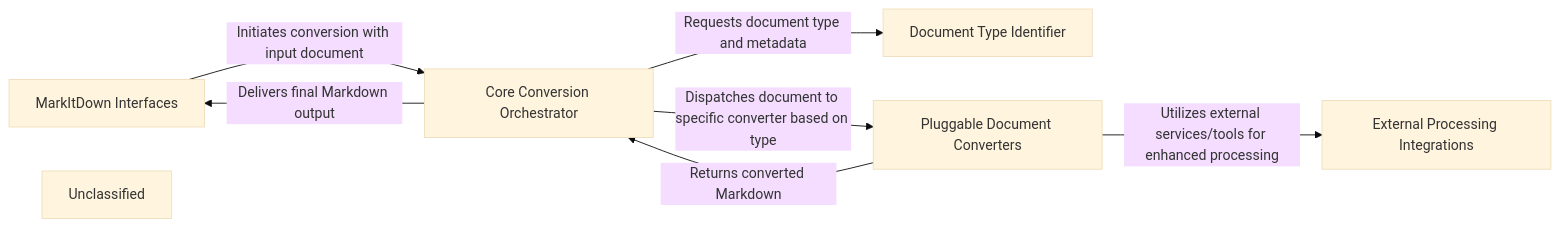
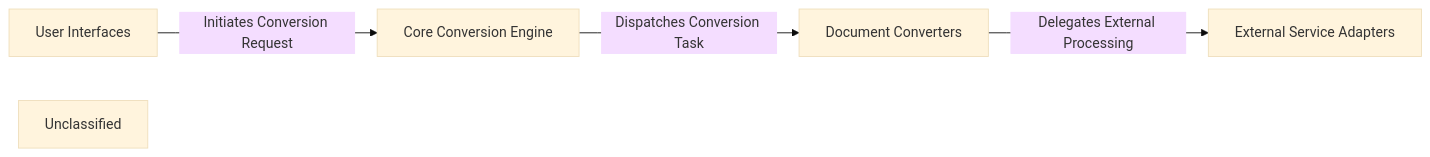
One commit to CodeBoarding/GeneratedOnBoardings changed the diagram in markitdown/on_boarding.md. Above: the diagram before and after it, drawn with Mermaid (base theme). The commit also changed other lines of this file, not shown here.

````diff
--- a/markitdown/on_boarding.md
+++ b/markitdown/on_boarding.md
@@ -1,15 +1,11 @@
 ```mermaid
 graph LR
-    MarkItDown_Interfaces["MarkItDown Interfaces"]
-    Core_Conversion_Orchestrator["Core Conversion Orchestrator"]
-    Document_Type_Identifier["Document Type Identifier"]
-    Pluggable_Document_Converters["Pluggable Document Converters"]
-    External_Processing_Integrations["External Processing Integrations"]
+    User_Interfaces["User Interfaces"]
+    Core_Conversion_Engine["Core Conversion Engine"]
+    Document_Converters["Document Converters"]
+    External_Service_Adapters["External Service Adapters"]
     Unclassified["Unclassified"]
-    MarkItDown_Interfaces -- "Initiates conversion with input document" --> Core_Conversion_Orchestrator
-    Core_Conversion_Orchestrator -- "Requests document type and metadata" --> Document_Type_Identifier
-    Core_Conversion_Orchestrator -- "Dispatches document to specific converter based on type" --> Pluggable_Document_Converters
-    Pluggable_Document_Converters -- "Utilizes external services/tools for enhanced processing" --> External_Processing_Integrations
-    Pluggable_Document_Converters -- "Returns converted Markdown" --> Core_Conversion_Orchestrator
-    Core_Conversion_Orchestrator -- "Delivers final Markdown output" --> MarkItDown_Interfaces
+    User_Interfaces -- "Initiates Conversion Request" --> Core_Conversion_Engine
+    Core_Conversion_Engine -- "Dispatches Conversion Task" --> Document_Converters
+    Document_Converters -- "Delegates External Processing" --> External_Service_Adapters
 ```
````
